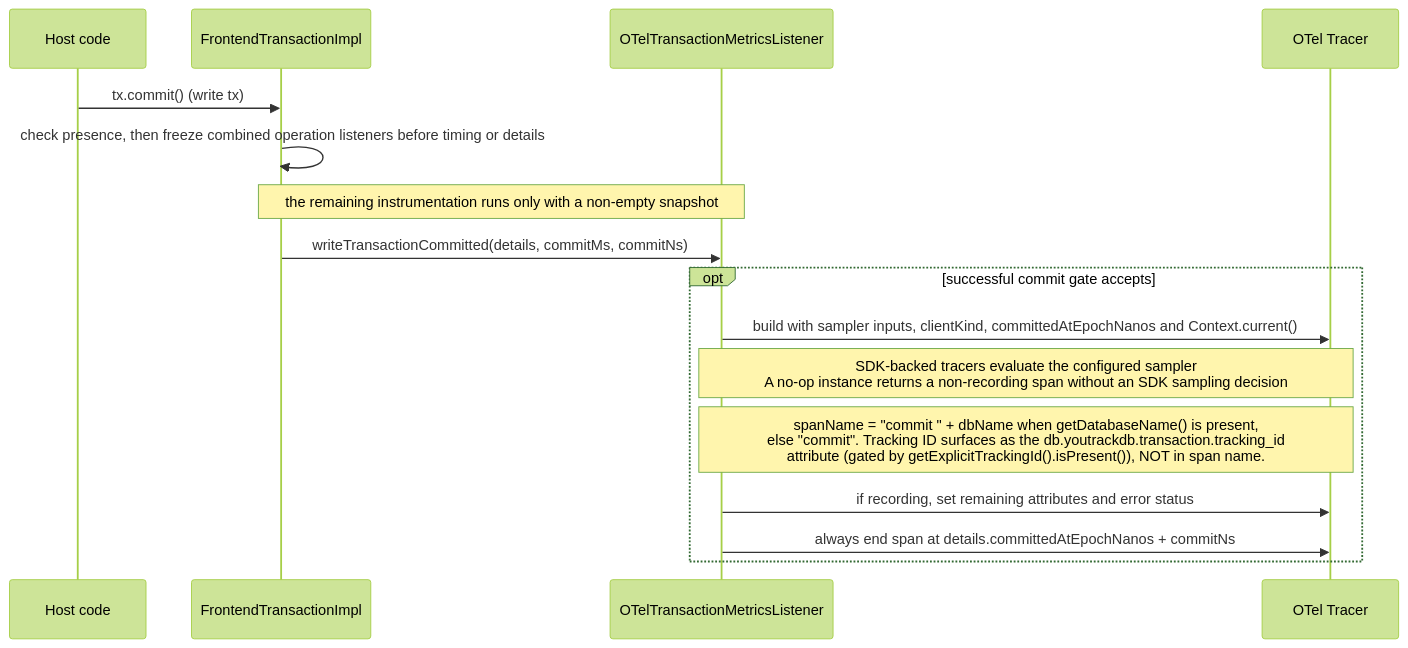
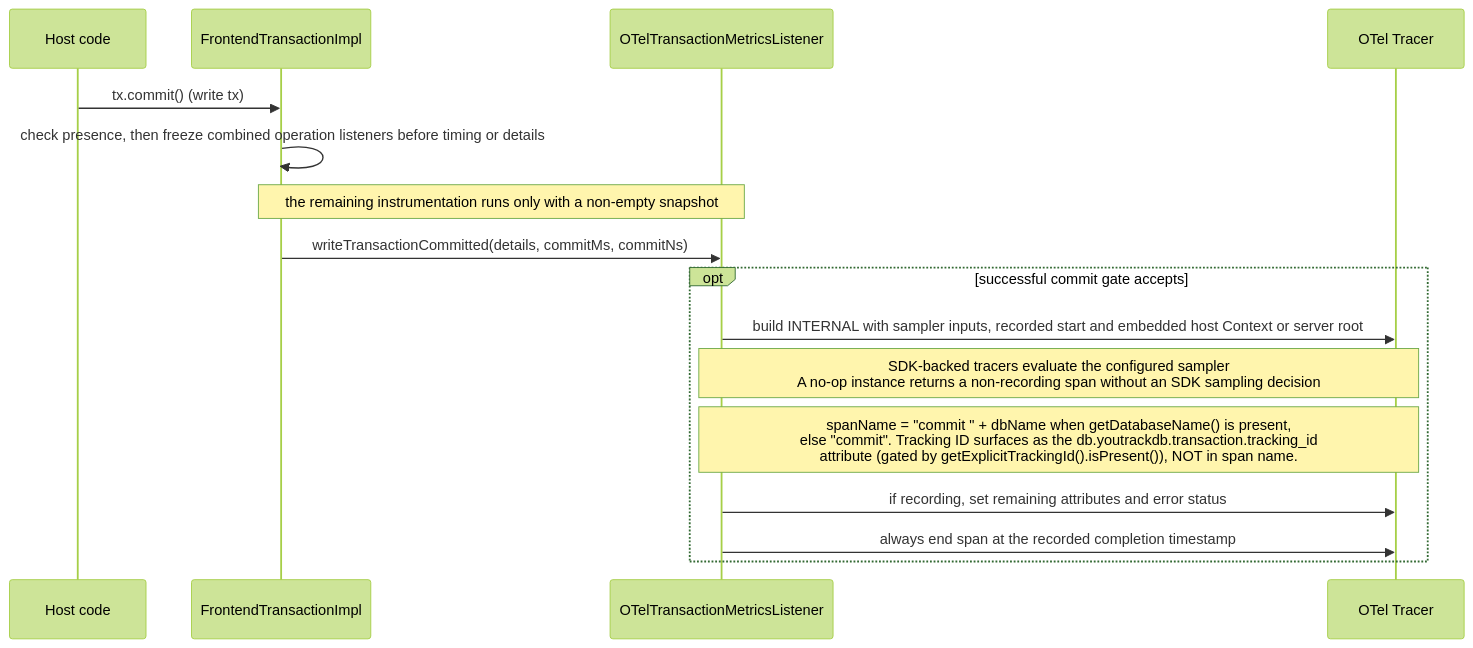
The third of 4 diagrams in docs/adr/ytdb-496-opentelemetry-support/_workflow/design.md (JetBrains/youtrackdb), drawn with Mermaid (forest theme) before and after one commit. The commit also changed other lines of this file and 2 other files, not shown here.

````diff
--- a/docs/adr/ytdb-496-opentelemetry-support/_workflow/design.md
+++ b/docs/adr/ytdb-496-opentelemetry-support/_workflow/design.md
@@ -562,19 +567,19 @@
 ```mermaid
 sequenceDiagram
     participant Host as Host code
     participant TX as FrontendTransactionImpl
     participant OTL as OTelTransactionMetricsListener
     participant TR as OTel Tracer
 
     Host->>TX: tx.commit() (write tx)
     TX->>TX: check presence, then freeze combined operation listeners before timing or details
     Note over TX,OTL: the remaining instrumentation runs only with a non-empty snapshot
     TX->>OTL: writeTransactionCommitted(details, commitMs, commitNs)
     opt successful commit gate accepts
-        OTL->>TR: build with sampler inputs, clientKind, committedAtEpochNanos and Context.current()
+        OTL->>TR: build INTERNAL with sampler inputs, recorded start and embedded host Context or server root
         Note over OTL,TR: SDK-backed tracers evaluate the configured sampler<br/>A no-op instance returns a non-recording span without an SDK sampling decision
         Note over OTL,TR: spanName = "commit " + dbName when getDatabaseName() is present,<br/>else "commit". Tracking ID surfaces as the db.youtrackdb.transaction.tracking_id<br/>attribute (gated by getExplicitTrackingId().isPresent()), NOT in span name.
         OTL->>TR: if recording, set remaining attributes and error status
-        OTL->>TR: always end span at details.committedAtEpochNanos + commitNs
+        OTL->>TR: always end span at the recorded completion timestamp
     end
 ```
````
